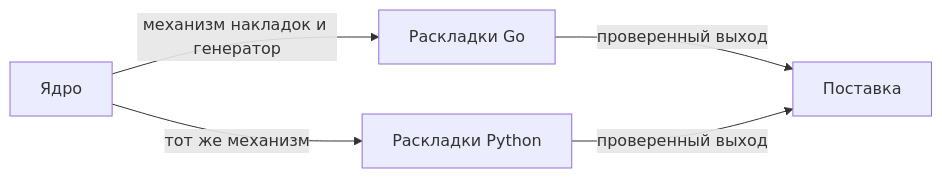
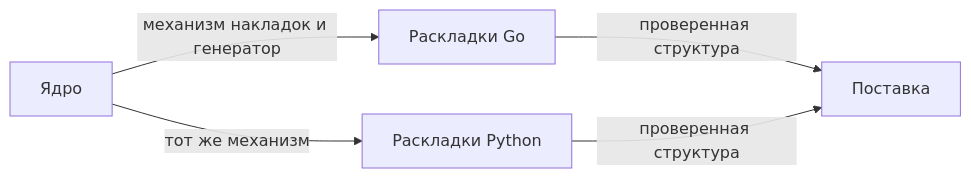
Before and after one commit to united-software-platform/extruder: the third of 4 diagrams in docs/project-plan.md, drawn with Mermaid. The commit also changed other lines of this file and 4 other files, not shown here.

````diff
--- a/docs/project-plan.md
+++ b/docs/project-plan.md
@@ -88,7 +89,7 @@
 ```mermaid
 flowchart LR
     K[Ядро] -->|механизм накладок и генератор| G[Раскладки Go]
     K -->|тот же механизм| P[Раскладки Python]
-    G -->|проверенный выход| S[Поставка]
-    P -->|проверенный выход| S
+    G -->|проверенная структура| S[Поставка]
+    P -->|проверенная структура| S
 ```
````
